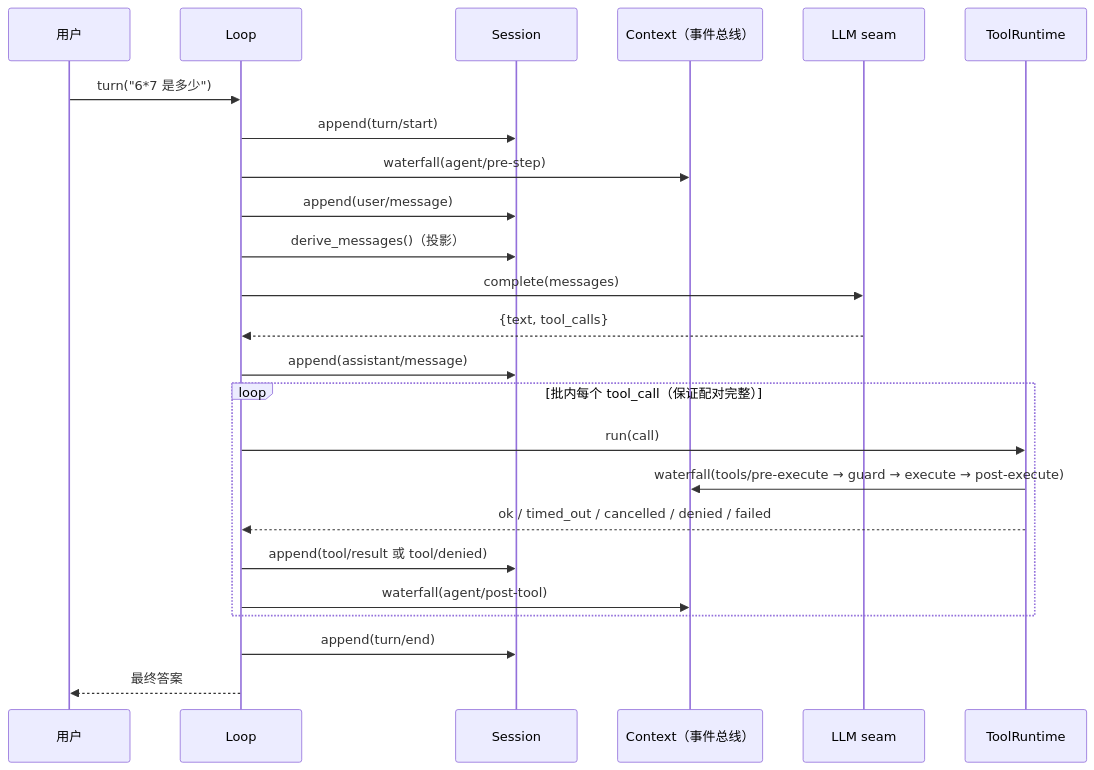
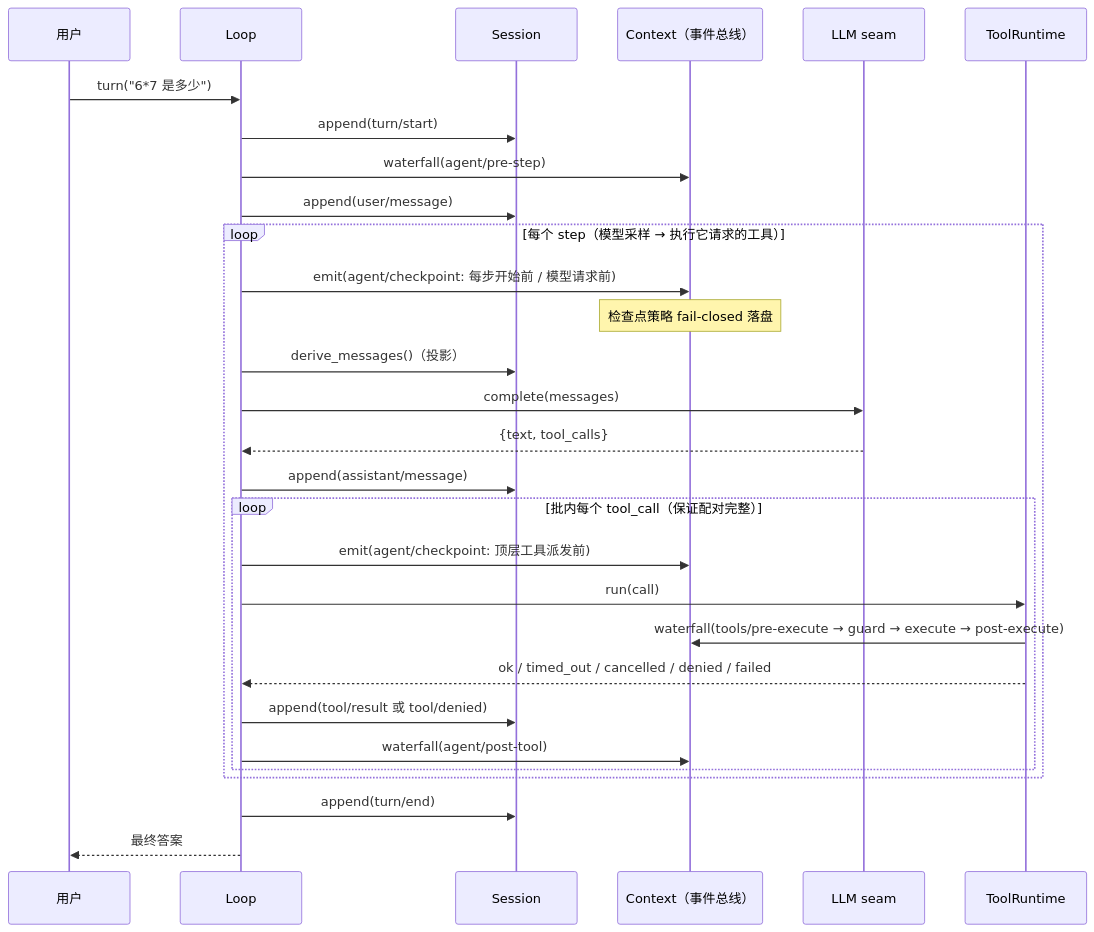
One commit to RebornL/MiniAgent changed the third of 5 diagrams in docs/miniharness.md. Above: the diagram before and after it, drawn with Mermaid. The commit also changed other lines of this file and 22 other files, not shown here.

````diff
--- a/docs/miniharness.md
+++ b/docs/miniharness.md
@@ -207,27 +221,32 @@
 ```mermaid
 sequenceDiagram
     participant U as 用户
     participant L as Loop
     participant S as Session
     participant C as Context（事件总线）
     participant M as LLM seam
     participant T as ToolRuntime
 
     U->>L: turn("6*7 是多少")
     L->>S: append(turn/start)
     L->>C: waterfall(agent/pre-step)
     L->>S: append(user/message)
-    L->>S: derive_messages()（投影）
-    L->>M: complete(messages)
-    M-->>L: {text, tool_calls}
-    L->>S: append(assistant/message)
-    loop 批内每个 tool_call（保证配对完整）
-        L->>T: run(call)
-        T->>C: waterfall(tools/pre-execute → guard → execute → post-execute)
-        T-->>L: ok / timed_out / cancelled / denied / failed
-        L->>S: append(tool/result 或 tool/denied)
-        L->>C: waterfall(agent/post-tool)
+    loop 每个 step（模型采样 → 执行它请求的工具）
+        L->>C: emit(agent/checkpoint: 每步开始前 / 模型请求前)
+        Note over C: 检查点策略 fail-closed 落盘
+        L->>S: derive_messages()（投影）
+        L->>M: complete(messages)
+        M-->>L: {text, tool_calls}
+        L->>S: append(assistant/message)
+        loop 批内每个 tool_call（保证配对完整）
+            L->>C: emit(agent/checkpoint: 顶层工具派发前)
+            L->>T: run(call)
+            T->>C: waterfall(tools/pre-execute → guard → execute → post-execute)
+            T-->>L: ok / timed_out / cancelled / denied / failed
+            L->>S: append(tool/result 或 tool/denied)
+            L->>C: waterfall(agent/post-tool)
+        end
     end
     L->>S: append(turn/end)
     L-->>U: 最终答案
 ```
````
